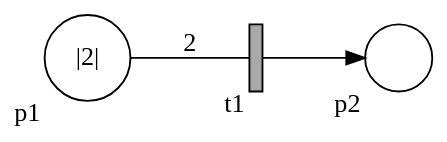
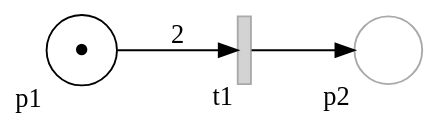
Before and after one commit to johnstonskj/rust-ptnets: diagram 19 of 28 in doc/index.org, drawn with Graphviz. The commit also changed other lines of this file and 26 other files, not shown here.

```diff
--- a/doc/index.org
+++ b/doc/index.org
@@ -619,20 +1058,20 @@
-#+BEGIN_SRC dot :file ptnet-graph-weighted.svg :exports results
+#+BEGIN_SRC dot :file ptnet-graph-cardinality-arc.svg :exports results
 strict digraph {
     bgcolor="transparent";
     fontname="Helvetica Neue,Helvetica,Arial,sans-serif";
     nodesep=0.75;
     rankdir=LR;
     ranksep=0.75;
 
     // All place nodes.
-    p1 [shape="circle"; label="|2|"; xlabel="p1"];
-    p2 [shape="circle"; label=""; xlabel="p2"];
+    p1 [shape="circle"; label="●"; xlabel="p1"; height=0.5];
+    p2 [shape="circle"; color="darkgrey"; label=""; height=0.5; xlabel="p2"];
 
     // All transition nodes.
-    t1 [shape="rectangle"; style="filled"; fillcolor="darkgrey"; height=0.5; width=0.1; label=""; xlabel="t1"];
+    t1 [shape="rectangle"; style="filled"; color="darkgrey"; fillcolor="lightgrey"; height=0.5; width=0.1; label=""; xlabel="t1"];
 
     // All arcs.
-    p1 -> t1 [arrowhead="none"; label="2"];
+    p1 -> t1 [label="2"];
     t1 -> p2;
 }
 #+END_SRC
```
